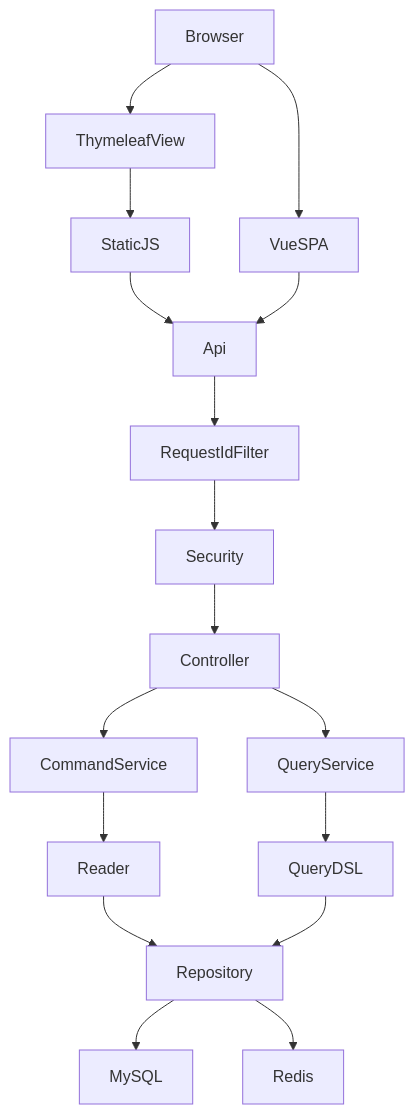
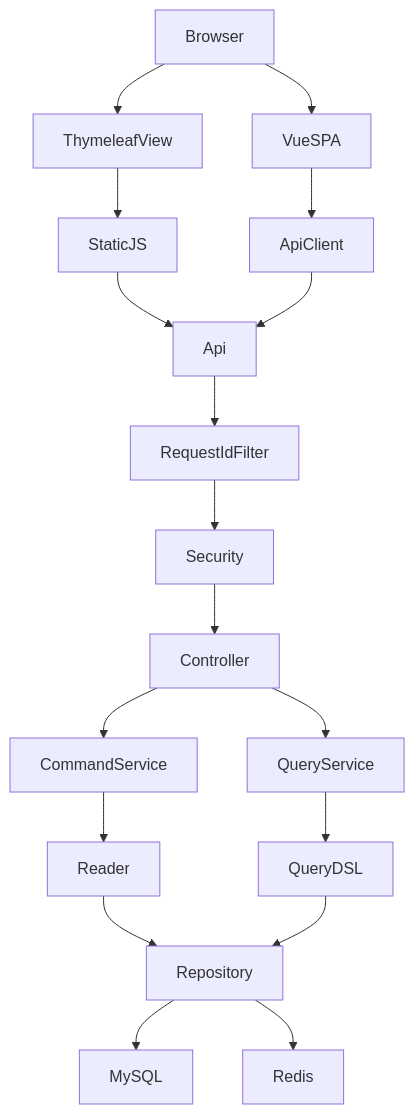
The second of 5 diagrams in docs/FELDBUCH_DEVELOPMENT_DOCUMENTATION.md (keunoh/feldbuch), drawn with Mermaid before and after one commit. The commit also changed other lines of this file and 1 other file, not shown here.

````diff
--- a/docs/FELDBUCH_DEVELOPMENT_DOCUMENTATION.md
+++ b/docs/FELDBUCH_DEVELOPMENT_DOCUMENTATION.md
@@ -404,25 +151,24 @@
 ```mermaid
 flowchart TD
+    Browser --> VueSPA
     Browser --> ThymeleafView
-    Browser --> VueSPA
 
+    VueSPA --> ApiClient
     ThymeleafView --> StaticJS
     StaticJS --> Api
-    VueSPA --> Api
+    ApiClient --> Api
 
     Api --> RequestIdFilter
     RequestIdFilter --> Security
     Security --> Controller
 
     Controller --> CommandService
     Controller --> QueryService
-
     CommandService --> Reader
     QueryService --> QueryDSL
-
     Reader --> Repository
     QueryDSL --> Repository
 
     Repository --> MySQL
     Repository --> Redis
 ```
````
